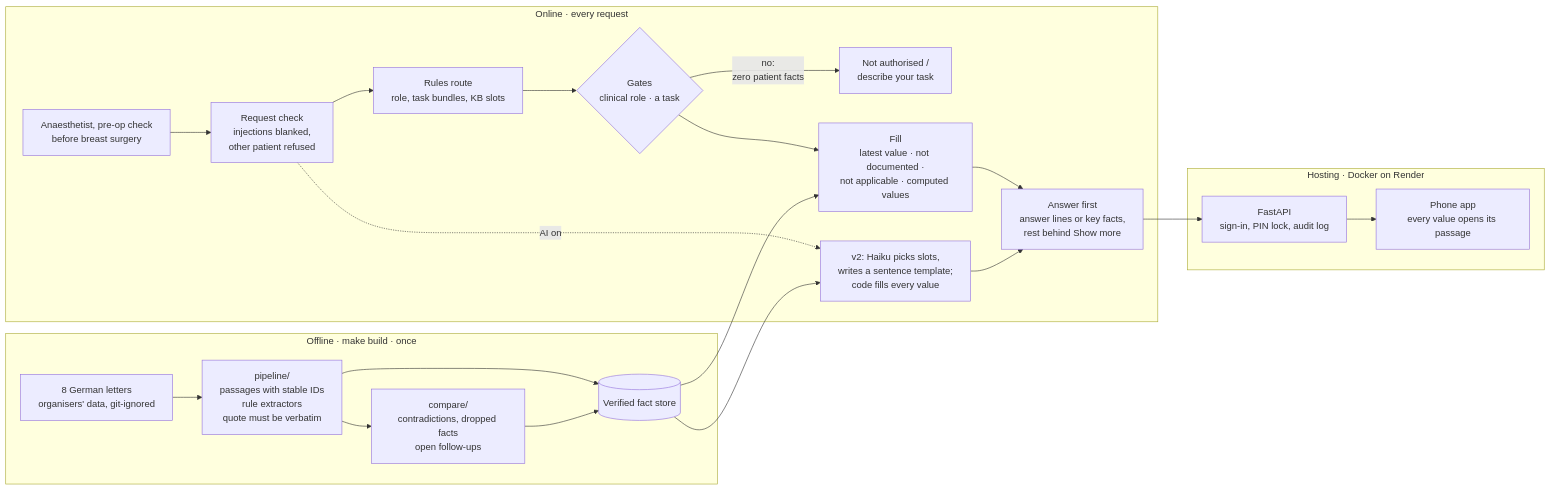
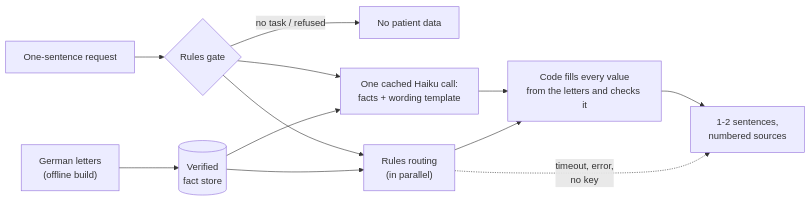
One commit to omarjku/Mixymatchy changed the diagram in README.md. Above: the diagram before and after it, drawn with Mermaid. The commit also changed other lines of this file and 14 other files, not shown here.

First line of the commit message:
README: current app, new screenshots, current architecture and results

````diff
--- a/README.md
+++ b/README.md
@@ -95,25 +97,14 @@
 ```mermaid
 flowchart LR
-    subgraph OFF["Offline · make build · once"]
-        L["8 German letters<br/>organisers' data, git-ignored"] --> P["pipeline/<br/>passages with stable IDs<br/>rule extractors<br/>quote must be verbatim"]
-        P --> C["compare/<br/>contradictions, dropped facts<br/>open follow-ups"]
-        P --> FS[("Verified fact store")]
-        C --> FS
-    end
-    subgraph ON["Online · every request"]
-        Q["Anaesthetist, pre-op check<br/>before breast surgery"] --> RQ["Request check<br/>injections blanked,<br/>other patient refused"]
-        RQ --> R["Rules route<br/>role, task bundles, KB slots"]
-        R --> G{"Gates<br/>clinical role · a task"}
-        G -- "no:<br/>zero patient facts" --> X["Not authorised /<br/>describe your task"]
-        G --> F["Fill<br/>latest value · not documented ·<br/>not applicable · computed values"]
-        FS --> F
-        F --> A["Answer first<br/>answer lines or key facts,<br/>rest behind Show more"]
-        RQ -. "AI on" .-> V2["v2: Haiku picks slots,<br/>writes a sentence template;<br/>code fills every value"]
-        FS --> V2
-        V2 --> A
-    end
-    subgraph HOST["Hosting · Docker on Render"]
-        A --> API["FastAPI<br/>sign-in, PIN lock, audit log"]
-        API --> APP["Phone app<br/>every value opens its passage"]
-    end
+    L["German letters<br/>(offline build)"] --> FS[("Verified<br/>fact store")]
+    Q["One-sentence request"] --> G{"Rules gate"}
+    G -- "no task / refused" --> N["No patient data"]
+    G --> H["One cached Haiku call:<br/>facts + wording template"]
+    G --> R["Rules routing<br/>(in parallel)"]
+    FS --> H
+    FS --> R
+    H --> C["Code fills every value<br/>from the letters and checks it"]
+    R --> C
+    C --> A["1-2 sentences,<br/>numbered sources"]
+    R -. "timeout, error,<br/>no key" .-> A
 ```
````
